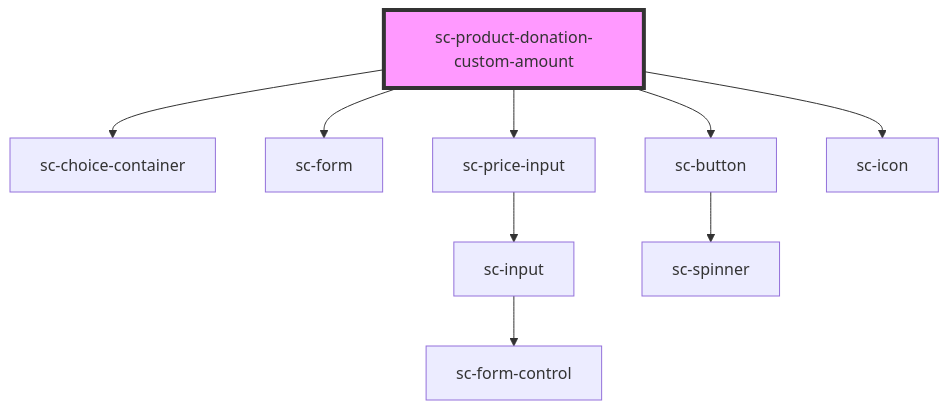
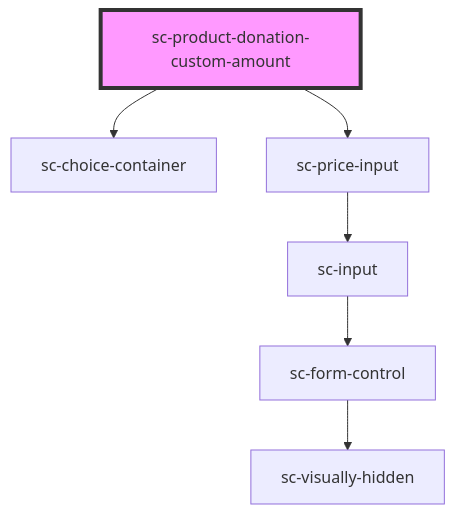
The diagram in packages/components/src/components/controllers/checkout-form/product-donation-custom-amount/readme.md (surecart/surecart-wp-plugin), drawn with Mermaid before and after one commit. The commit also changed other lines of this file and 13 other files, not shown here.

````diff
--- a/packages/components/src/components/controllers/checkout-form/product-donation-custom-amount/readme.md
+++ b/packages/components/src/components/controllers/checkout-form/product-donation-custom-amount/readme.md
@@ -28,12 +24,9 @@
 ```mermaid
 graph TD;
   sc-product-donation-custom-amount --> sc-choice-container
-  sc-product-donation-custom-amount --> sc-form
   sc-product-donation-custom-amount --> sc-price-input
-  sc-product-donation-custom-amount --> sc-button
-  sc-product-donation-custom-amount --> sc-icon
   sc-price-input --> sc-input
   sc-input --> sc-form-control
-  sc-button --> sc-spinner
+  sc-form-control --> sc-visually-hidden
   style sc-product-donation-custom-amount fill:#f9f,stroke:#333,stroke-width:4px
 ```
````
